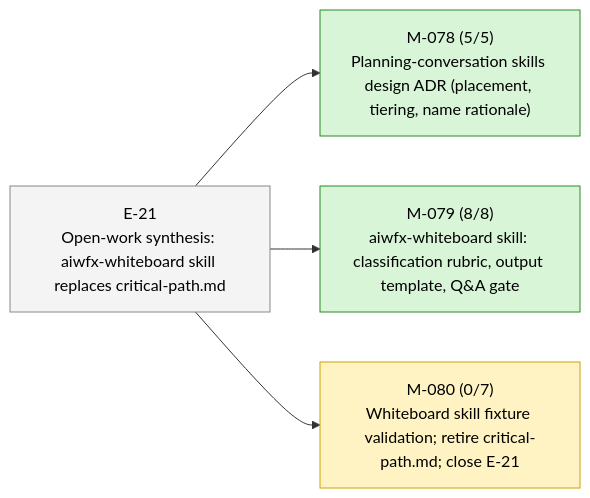
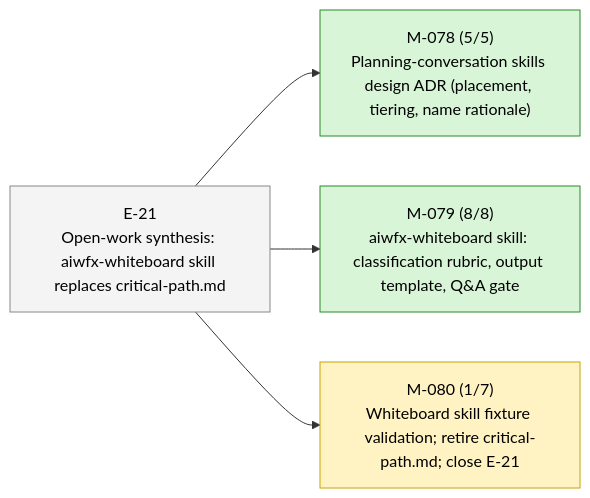
The second of 2 diagrams in STATUS.md (23min/aiwf), drawn with Mermaid before and after one commit. The commit also changed other lines of this file and 1 other file, not shown here.

````diff
--- a/STATUS.md
+++ b/STATUS.md
@@ -47,16 +47,16 @@
 ```mermaid
 flowchart LR
   E_21["E-21<br/>Open-work synthesis: aiwfx-whiteboard skill replaces critical-path.md"]:::epic_proposed
   M_078["M-078 (5/5)<br/>Planning-conversation skills design ADR (placement, tiering, name rationale)"]:::ms_done
   E_21 --> M_078
   M_079["M-079 (8/8)<br/>aiwfx-whiteboard skill: classification rubric, output template, Q&A gate"]:::ms_done
   E_21 --> M_079
-  M_080["M-080 (0/7)<br/>Whiteboard skill fixture validation; retire critical-path.md; close E-21"]:::ms_in_progress
+  M_080["M-080 (1/7)<br/>Whiteboard skill fixture validation; retire critical-path.md; close E-21"]:::ms_in_progress
   E_21 --> M_080
   classDef epic_active fill:#d6eaff,stroke:#1a73e8,color:#000
   classDef epic_proposed fill:#f4f4f4,stroke:#888,color:#000
   classDef ms_done fill:#d8f5d8,stroke:#2a8a2a,color:#000
   classDef ms_in_progress fill:#fff3c4,stroke:#caa400,color:#000
   classDef ms_draft fill:#f4f4f4,stroke:#888,color:#000
   classDef ms_cancelled fill:#fbeaea,stroke:#c33,color:#000
 ```
````
